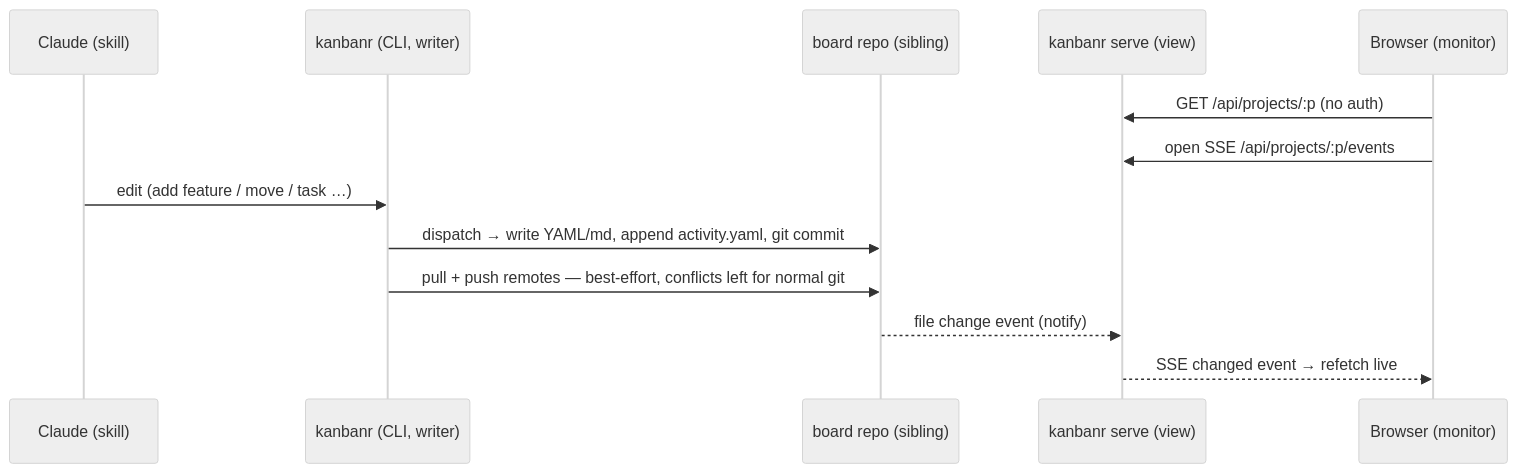
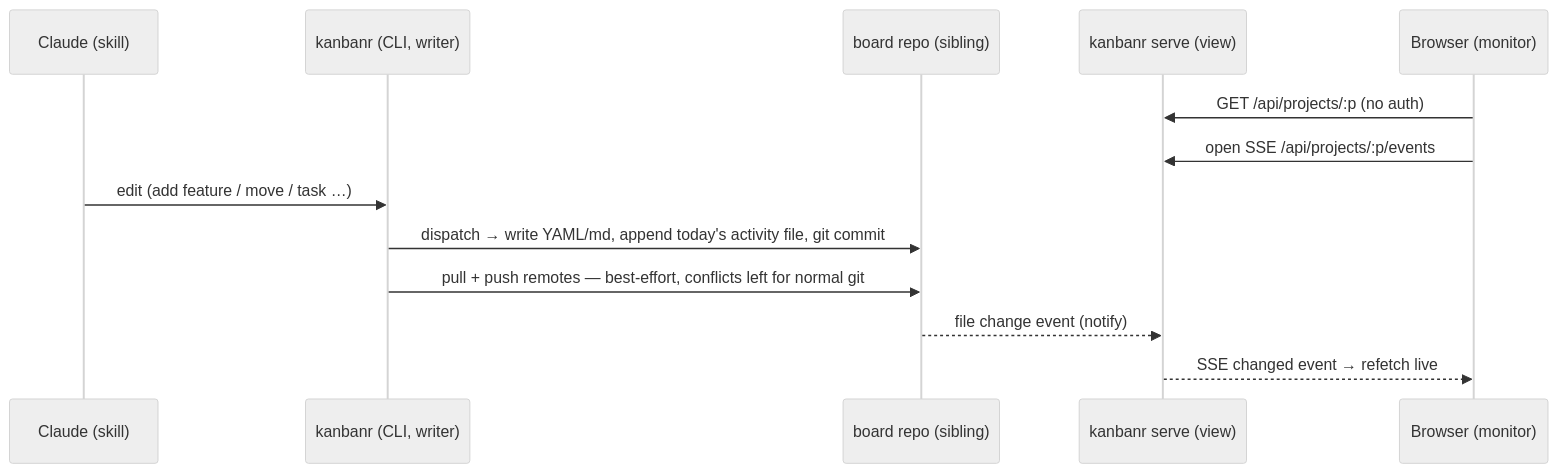
Before and after one commit to startr-trade/kanbanr: the second of 4 diagrams in docs/DESIGN.md, drawn with Mermaid (neutral theme). The commit also changed other lines of this file and 4 other files, not shown here.

````diff
--- a/docs/DESIGN.md
+++ b/docs/DESIGN.md
@@ -54,16 +54,16 @@
 ```mermaid
 sequenceDiagram
   participant C as Claude (skill)
   participant K as kanbanr (CLI, writer)
   participant R as board repo (sibling)
   participant D as kanbanr serve (view)
   participant B as Browser (monitor)
 
   B->>D: GET /api/projects/:p   (no auth)
   B->>D: open SSE /api/projects/:p/events
   C->>K: edit (add feature / move / task …)
-  K->>R: dispatch → write YAML/md, append activity.yaml, git commit
+  K->>R: dispatch → write YAML/md, append today's activity file, git commit
   K->>R: pull + push remotes — best-effort, conflicts left for normal git
   R-->>D: file change event (notify)
   D-->>B: SSE changed event → refetch live
 ```
````
